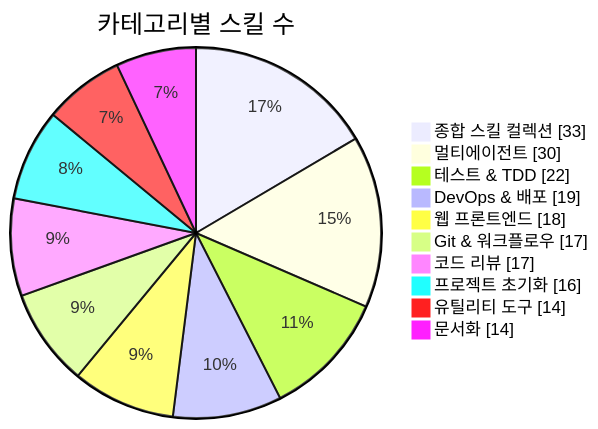
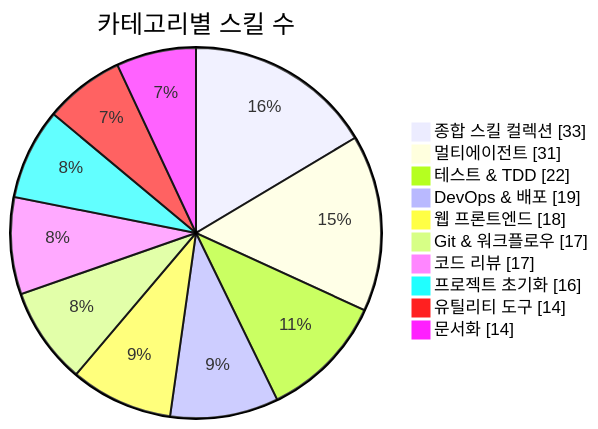
Before and after one commit to J-nowcow/awesome-korean-agent-skills: the first of 3 diagrams in README.md, drawn with Mermaid. The commit also changed other lines of this file and 5 other files, not shown here.

````diff
--- a/README.md
+++ b/README.md
@@ -176,14 +176,14 @@
 ```mermaid
 pie showData
     title 카테고리별 스킬 수
     "종합 스킬 컬렉션" : 33
-    "멀티에이전트" : 30
+    "멀티에이전트" : 31
     "테스트 & TDD" : 22
     "DevOps & 배포" : 19
     "웹 프론트엔드" : 18
     "Git & 워크플로우" : 17
     "코드 리뷰" : 17
     "프로젝트 초기화" : 16
     "유틸리티 도구" : 14
     "문서화" : 14
 ```
````
